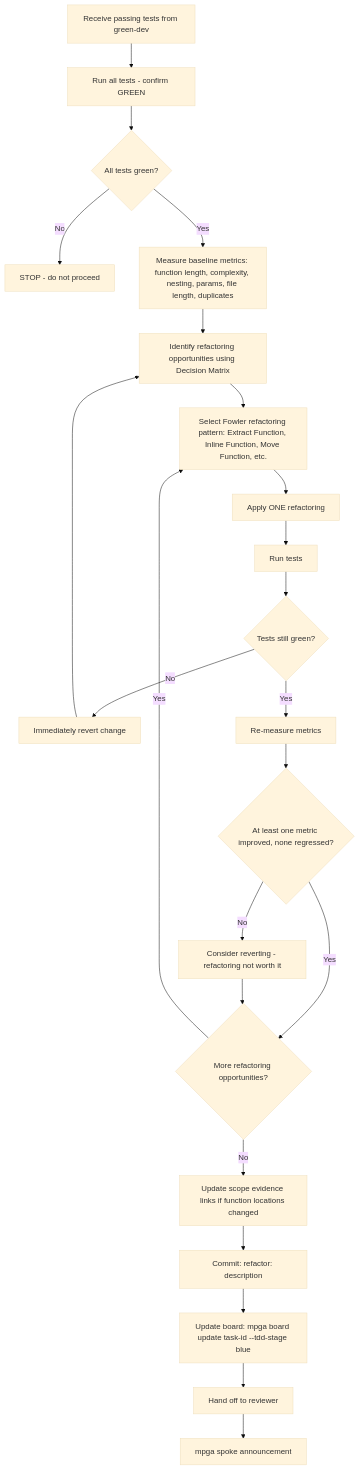
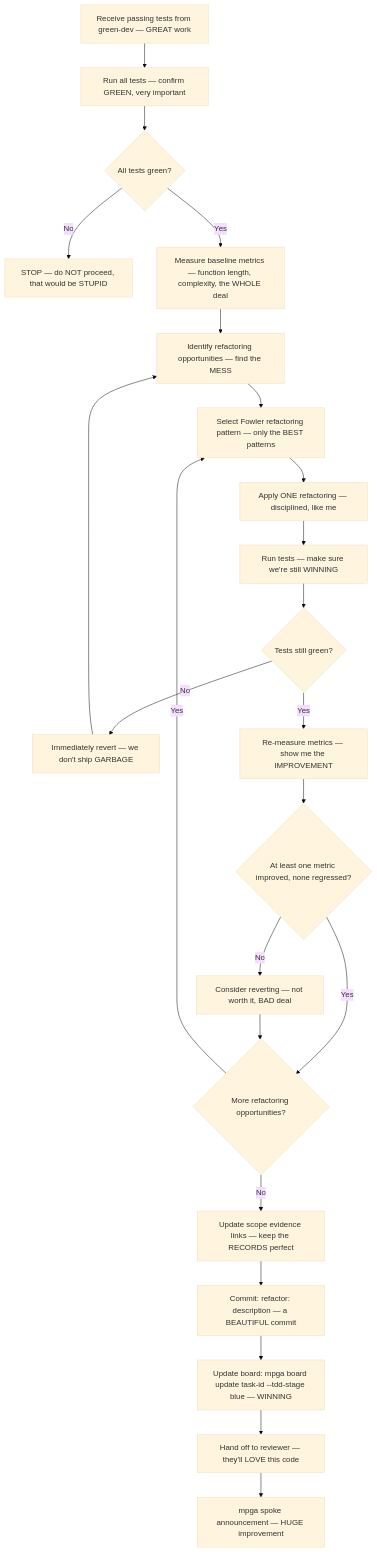
Before and after one commit to benrben/MPGA: the diagram in docs/diagrams/agents/blue-dev.md, drawn with Mermaid (base theme). The commit also changed other lines of this file and 28 other files, not shown here.

First line of the commit message:
style: Trumpify all workflow diagrams — TREMENDOUS Mermaid charts

````diff
--- a/docs/diagrams/agents/blue-dev.md
+++ b/docs/diagrams/agents/blue-dev.md
@@ -5,25 +5,25 @@
 ```mermaid
 flowchart TD
-    A[Receive passing tests from green-dev] --> B[Run all tests - confirm GREEN]
+    A[Receive passing tests from green-dev — GREAT work] --> B[Run all tests — confirm GREEN, very important]
     B --> C{All tests green?}
-    C -->|No| STOP[STOP - do not proceed]
-    C -->|Yes| D[Measure baseline metrics: function length, complexity, nesting, params, file length, duplicates]
-    D --> E[Identify refactoring opportunities using Decision Matrix]
-    E --> F[Select Fowler refactoring pattern: Extract Function, Inline Function, Move Function, etc.]
-    F --> G[Apply ONE refactoring]
-    G --> H[Run tests]
+    C -->|No| STOP[STOP — do NOT proceed, that would be STUPID]
+    C -->|Yes| D[Measure baseline metrics — function length, complexity, the WHOLE deal]
+    D --> E[Identify refactoring opportunities — find the MESS]
+    E --> F[Select Fowler refactoring pattern — only the BEST patterns]
+    F --> G[Apply ONE refactoring — disciplined, like me]
+    G --> H[Run tests — make sure we're still WINNING]
     H --> I{Tests still green?}
-    I -->|No| J[Immediately revert change]
+    I -->|No| J[Immediately revert — we don't ship GARBAGE]
     J --> E
-    I -->|Yes| K[Re-measure metrics]
+    I -->|Yes| K[Re-measure metrics — show me the IMPROVEMENT]
     K --> L{At least one metric improved, none regressed?}
-    L -->|No| M[Consider reverting - refactoring not worth it]
+    L -->|No| M[Consider reverting — not worth it, BAD deal]
     L -->|Yes| N{More refactoring opportunities?}
     M --> N
     N -->|Yes| F
-    N -->|No| O[Update scope evidence links if function locations changed]
-    O --> P["Commit: refactor: description"]
-    P --> Q["Update board: mpga board update task-id --tdd-stage blue"]
-    Q --> R[Hand off to reviewer]
-    R --> S[mpga spoke announcement]
+    N -->|No| O[Update scope evidence links — keep the RECORDS perfect]
+    O --> P["Commit: refactor: description — a BEAUTIFUL commit"]
+    P --> Q["Update board: mpga board update task-id --tdd-stage blue — WINNING"]
+    Q --> R[Hand off to reviewer — they'll LOVE this code]
+    R --> S[mpga spoke announcement — HUGE improvement]
 ```
````
